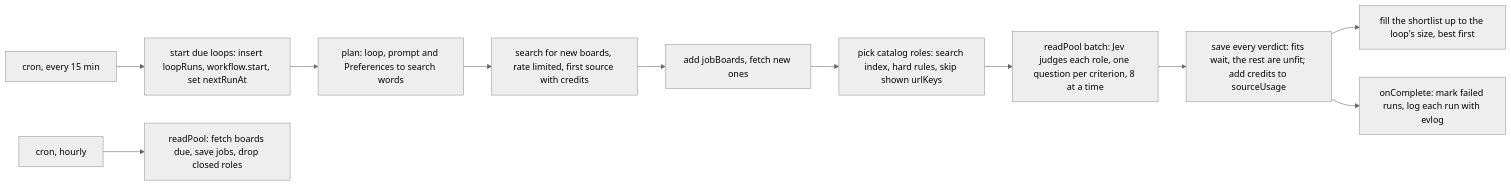
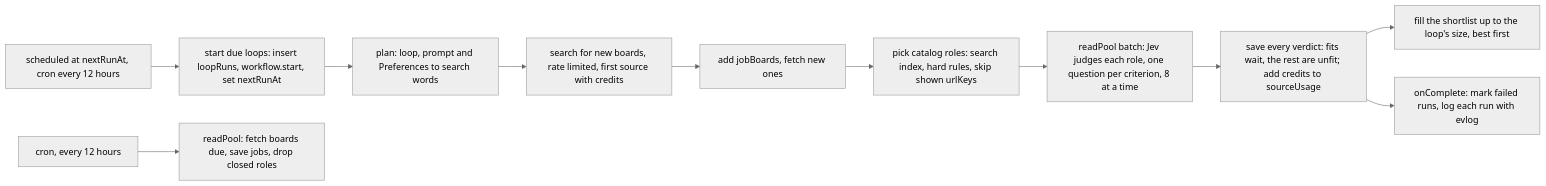
The third of 3 diagrams in docs/database-design.md (saranatour1/job-tracking-helper), drawn with Mermaid (neutral theme) before and after one commit. The commit also changed other lines of this file and 21 other files, not shown here.

First line of the commit message:
perf: slow crons to 12h or daily, start loops and workflows on time (#161)

````diff
--- a/docs/database-design.md
+++ b/docs/database-design.md
@@ -392,13 +392,13 @@
 ```mermaid
 flowchart LR
-    C[cron, every 15 min] --> D[start due loops: insert loopRuns, workflow.start, set nextRunAt]
+    C[scheduled at nextRunAt, cron every 12 hours] --> D[start due loops: insert loopRuns, workflow.start, set nextRunAt]
     D --> P[plan: loop, prompt and Preferences to search words]
     P --> S[search for new boards, rate limited, first source with credits]
     S --> B[add jobBoards, fetch new ones]
     B --> Q[pick catalog roles: search index, hard rules, skip shown urlKeys]
     Q --> R[readPool batch: Jev judges each role, one question per criterion, 8 at a time]
     R --> V[save every verdict: fits wait, the rest are unfit; add credits to sourceUsage]
     V --> L[fill the shortlist up to the loop's size, best first]
     V --> O[onComplete: mark failed runs, log each run with evlog]
-    H[cron, hourly] --> F[readPool: fetch boards due, save jobs, drop closed roles]
+    H[cron, every 12 hours] --> F[readPool: fetch boards due, save jobs, drop closed roles]
 ```
````
